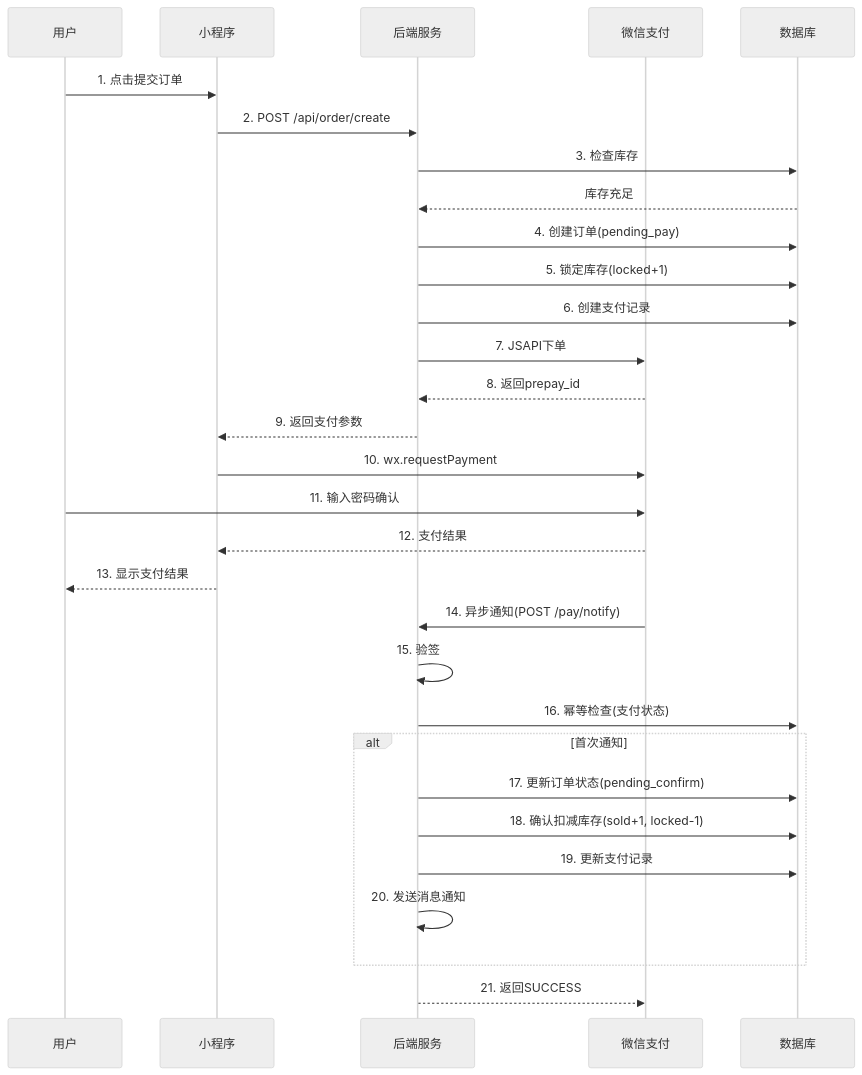
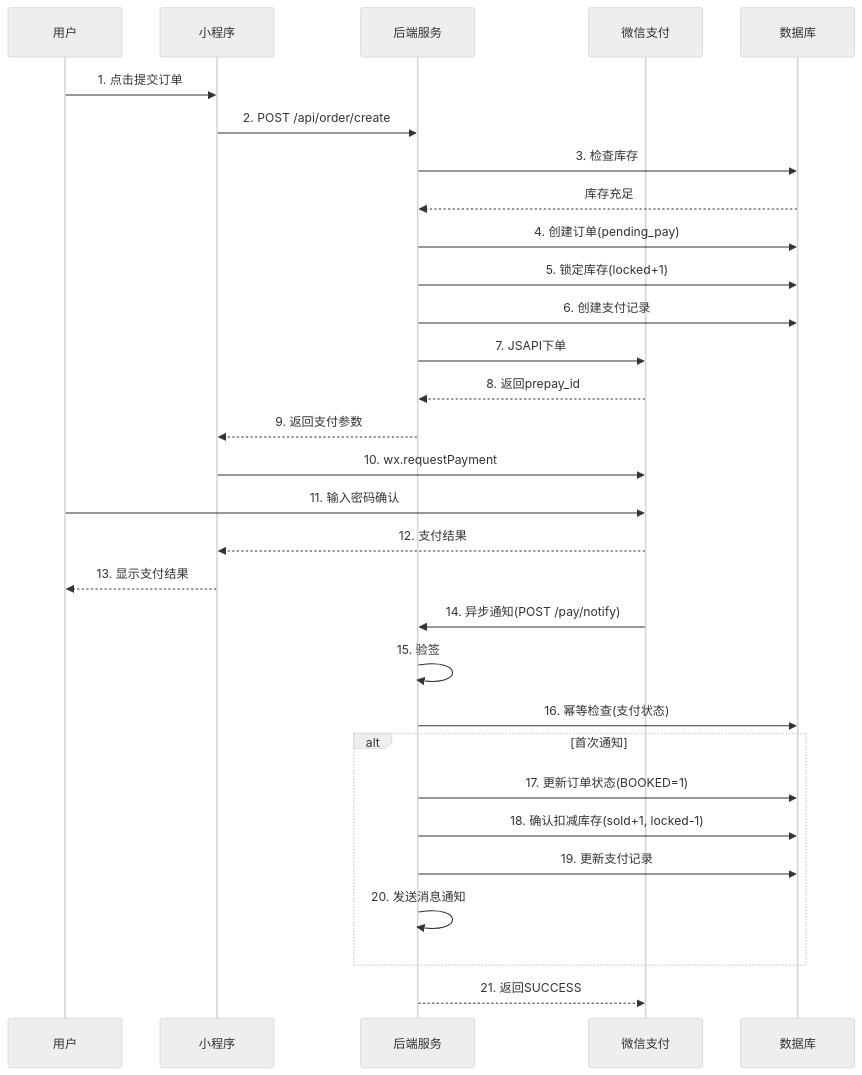
One commit to jianbo-fly/xunjiqianxing-mini changed the second of 7 diagrams in docs/技术方案/寻迹千行详细设计_V1.md. Above: the diagram before and after it, drawn with Mermaid (neutral theme). The commit also changed other lines of this file and 359 other files, not shown here.

````diff
--- a/docs/技术方案/寻迹千行详细设计_V1.md
+++ b/docs/技术方案/寻迹千行详细设计_V1.md
@@ -233,42 +199,42 @@
 ```mermaid
 sequenceDiagram
     participant U as 用户
     participant MP as 小程序
     participant S as 后端服务
     participant WX as 微信支付
     participant DB as 数据库
 
     U->>MP: 1. 点击提交订单
     MP->>S: 2. POST /api/order/create
 
     S->>DB: 3. 检查库存
     DB-->>S: 库存充足
 
     S->>DB: 4. 创建订单(pending_pay)
     S->>DB: 5. 锁定库存(locked+1)
     S->>DB: 6. 创建支付记录
 
     S->>WX: 7. JSAPI下单
     WX-->>S: 8. 返回prepay_id
 
     S-->>MP: 9. 返回支付参数
     MP->>WX: 10. wx.requestPayment
 
     U->>WX: 11. 输入密码确认
     WX-->>MP: 12. 支付结果
     MP-->>U: 13. 显示支付结果
 
     WX->>S: 14. 异步通知(POST /pay/notify)
 
     S->>S: 15. 验签
     S->>DB: 16. 幂等检查(支付状态)
 
     alt 首次通知
-        S->>DB: 17. 更新订单状态(pending_confirm)
+        S->>DB: 17. 更新订单状态(BOOKED=1)
         S->>DB: 18. 确认扣减库存(sold+1, locked-1)
         S->>DB: 19. 更新支付记录
         S->>S: 20. 发送消息通知
     end
 
     S-->>WX: 21. 返回SUCCESS
 ```
````
